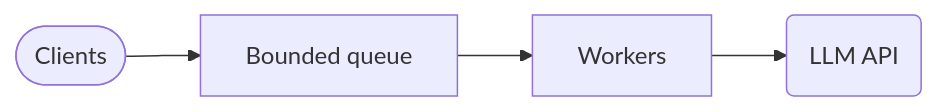
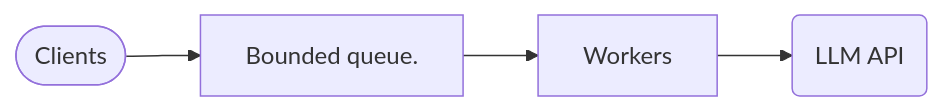
Before and after one commit to g4s8/gdf-am-2025: the fourth of 5 diagrams in site/content/_index.md, drawn with Mermaid. The commit also changed other lines of this file, not shown here.

```diff
--- a/site/content/_index.md
+++ b/site/content/_index.md
@@ -356,11 +356,11 @@
 {{< mermaid >}}
 graph LR
-    A(["Clients"])
-    F("LLM API")
+    A(["Clients "])
+    F("LLM API ")
 
-    A --> B["Bounded queue"]
+    A --> B["Bounded queue. "]
 
-    B --> C["Workers"]
+    B --> C["Workers "]
 
     C --> F
 {{< /mermaid >}}
```
